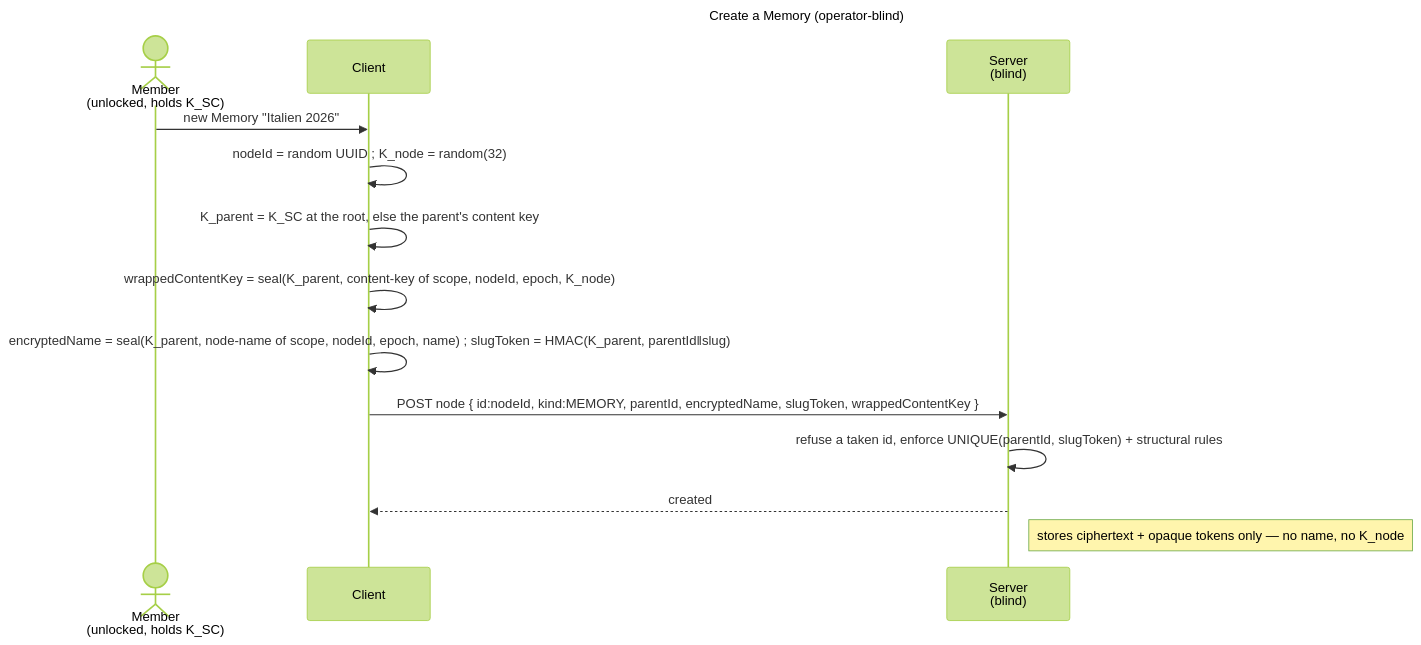
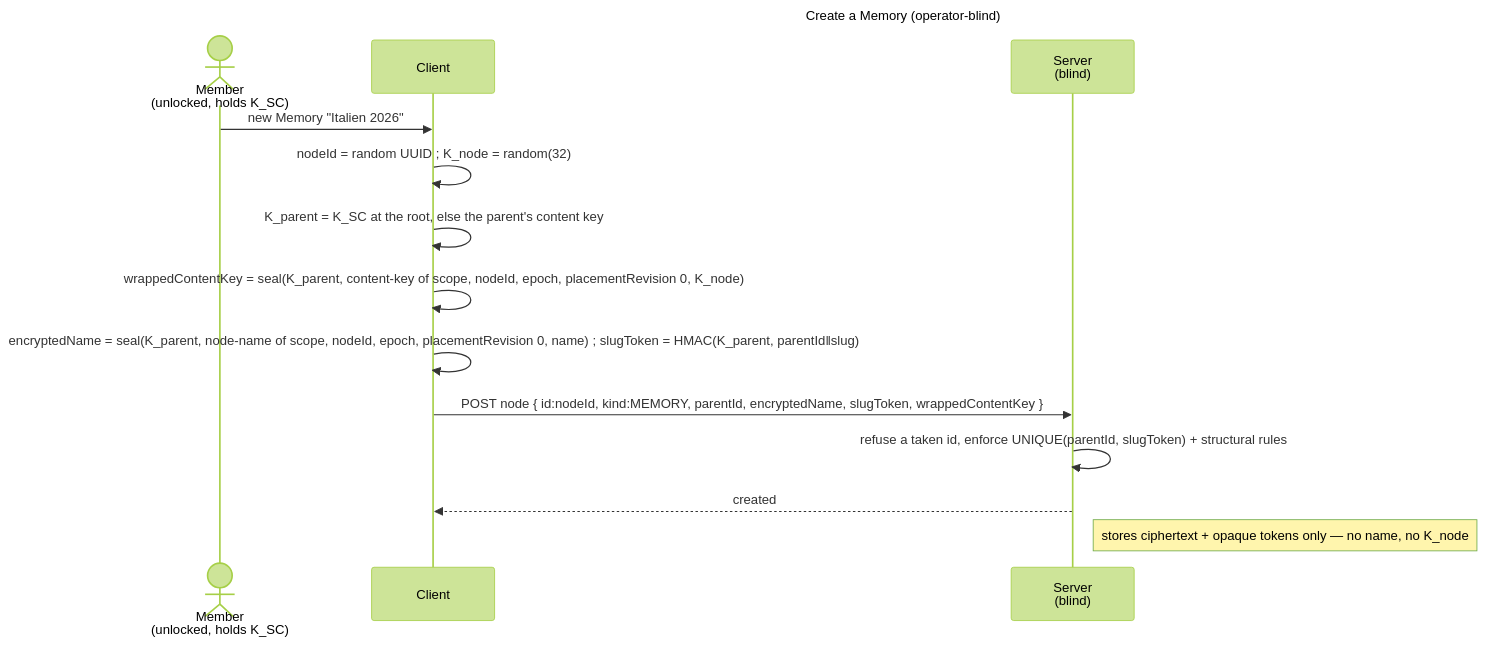
The diagram in docs/features/memory/enablers/en.memory.tree.md (raddatzk/veyq), drawn with Mermaid (forest theme) before and after one commit. The commit also changed other lines of this file and 56 other files, not shown here.

````diff
--- a/docs/features/memory/enablers/en.memory.tree.md
+++ b/docs/features/memory/enablers/en.memory.tree.md
@@ -68,18 +70,18 @@
 ```mermaid
 ---
 title: Create a Memory (operator-blind)
 ---
 sequenceDiagram
   actor U as Member<br>(unlocked, holds K_SC)
   participant C as Client
   participant S as Server<br>(blind)
   U->>C: new Memory "Italien 2026"
   C->>C: nodeId = random UUID #59; K_node = random(32)
   C->>C: K_parent = K_SC at the root, else the parent's content key
-  C->>C: wrappedContentKey = seal(K_parent, content-key of scope, nodeId, epoch, K_node)
-  C->>C: encryptedName = seal(K_parent, node-name of scope, nodeId, epoch, name) #59; slugToken = HMAC(K_parent, parentId‖slug)
+  C->>C: wrappedContentKey = seal(K_parent, content-key of scope, nodeId, epoch, placementRevision 0, K_node)
+  C->>C: encryptedName = seal(K_parent, node-name of scope, nodeId, epoch, placementRevision 0, name) #59; slugToken = HMAC(K_parent, parentId‖slug)
   C->>S: POST node { id:nodeId, kind:MEMORY, parentId, encryptedName, slugToken, wrappedContentKey }
   S->>S: refuse a taken id, enforce UNIQUE(parentId, slugToken) + structural rules
   S-->>C: created
   Note right of S: stores ciphertext + opaque tokens only — no name, no K_node
 ```
````
